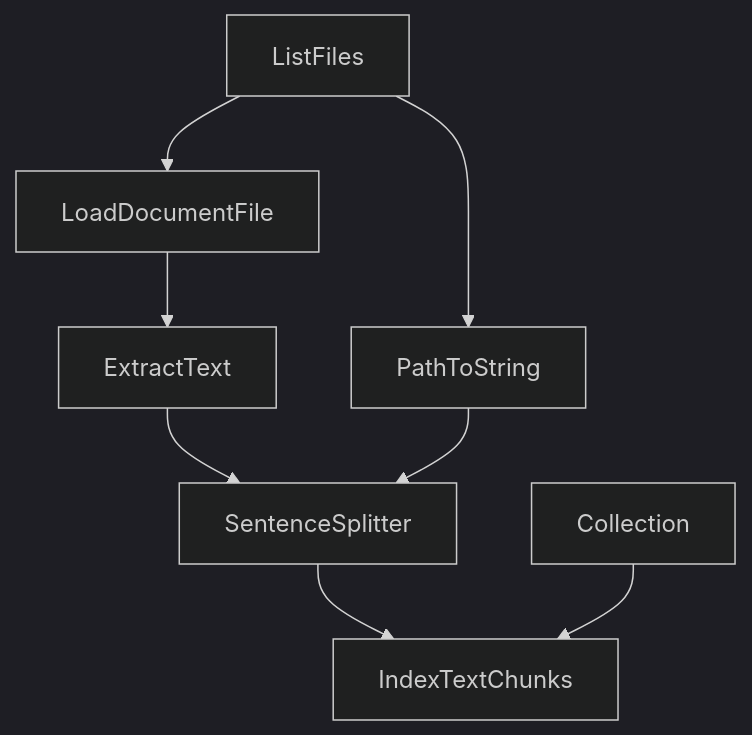
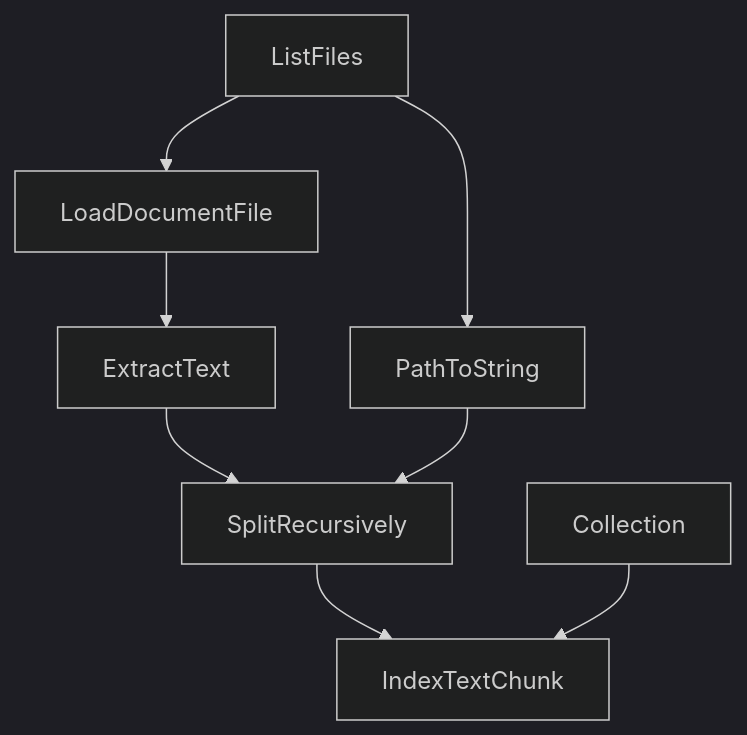
Before and after one commit to nodetool-ai/nodetool: the fifth of 17 diagrams in docs/cookbook/patterns.md, drawn with Mermaid (dark theme). The commit also changed other lines of this file and 683 other files, not shown here.

```diff
--- a/docs/cookbook/patterns.md
+++ b/docs/cookbook/patterns.md
@@ -160,17 +160,17 @@
 {% mermaid %}
 graph TD
   list_files["ListFiles"]
   collection["Collection"]
   load_document["LoadDocumentFile"]
   extract_text["ExtractText"]
-  index_chunks["IndexTextChunks"]
-  sentence_splitter["SentenceSplitter"]
+  index_chunks["IndexTextChunk"]
+  sentence_splitter["SplitRecursively"]
   path_to_string["PathToString"]
   extract_text --> sentence_splitter
   load_document --> extract_text
   sentence_splitter --> index_chunks
   collection --> index_chunks
   list_files --> load_document
   list_files --> path_to_string
   path_to_string --> sentence_splitter
 {% endmermaid %}
```
